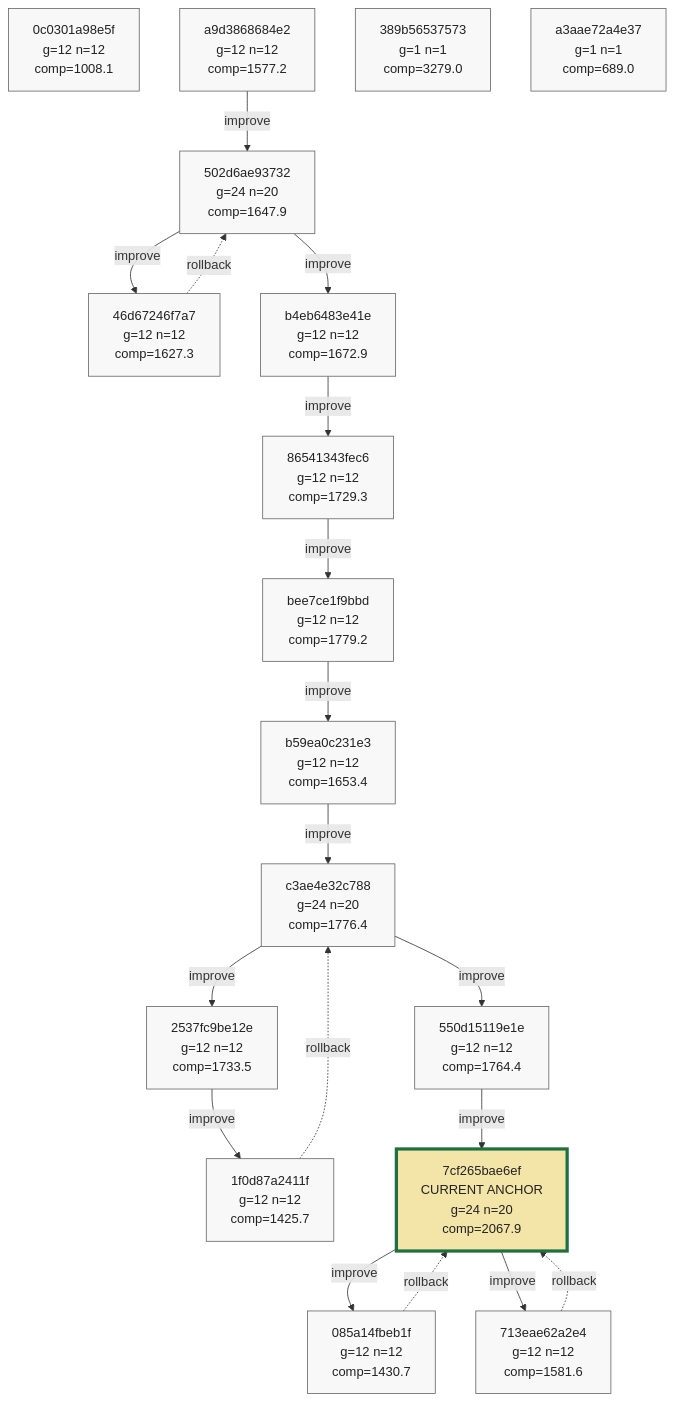
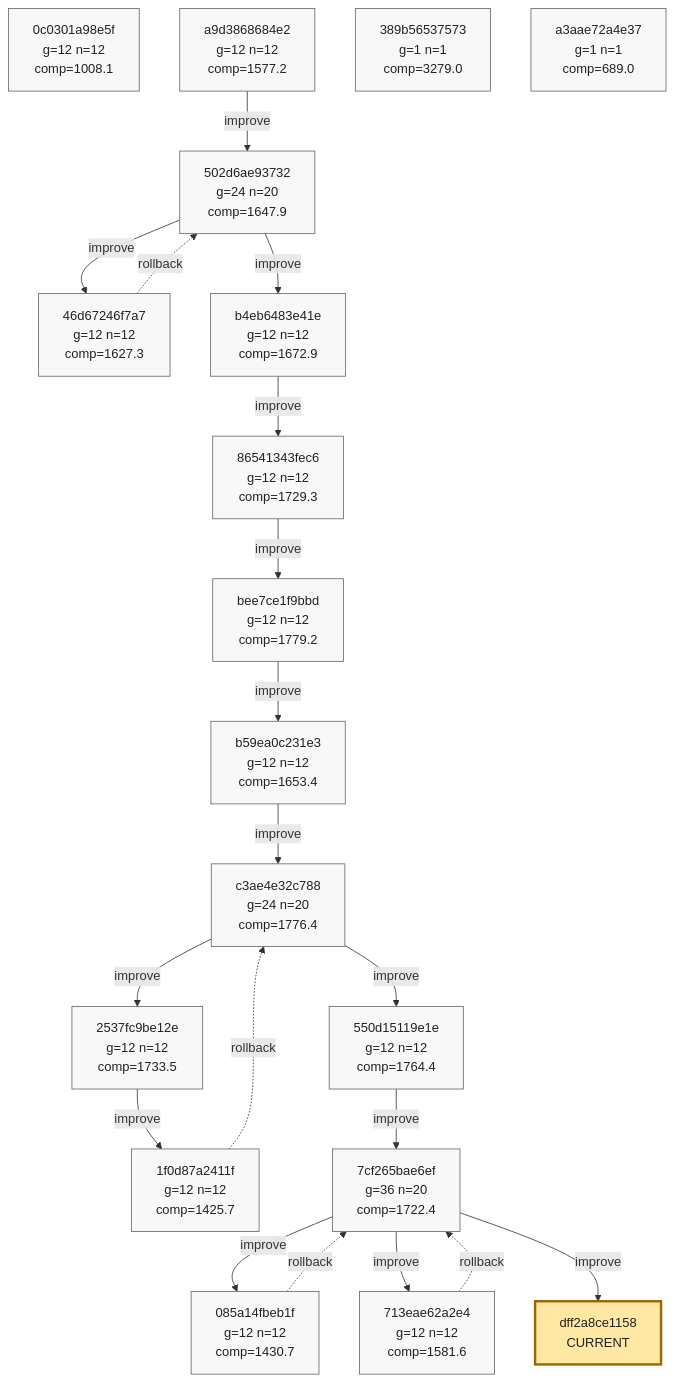
Before and after one commit to azumag/soviet_now: the tenth of 10 diagrams in phyrogenetic-tree.md, drawn with Mermaid. The commit also changed other lines of this file and 2 other files, not shown here.

Commit message:
eloop Improve after 12 games (scores: 1117 3212 1730 1880 1551 1962 1138 2178 2434 2336 1399 1513)

````diff
--- a/phyrogenetic-tree.md
+++ b/phyrogenetic-tree.md
@@ -2544,61 +2541,64 @@
 ```mermaid
 flowchart TD
     h_0c0301a98e5f["0c0301a98e5f<br/>g=12 n=12<br/>comp=1008.1"]
     h_a9d3868684e2["a9d3868684e2<br/>g=12 n=12<br/>comp=1577.2"]
     h_502d6ae93732["502d6ae93732<br/>g=24 n=20<br/>comp=1647.9"]
     h_46d67246f7a7["46d67246f7a7<br/>g=12 n=12<br/>comp=1627.3"]
     h_b4eb6483e41e["b4eb6483e41e<br/>g=12 n=12<br/>comp=1672.9"]
     h_86541343fec6["86541343fec6<br/>g=12 n=12<br/>comp=1729.3"]
     h_bee7ce1f9bbd["bee7ce1f9bbd<br/>g=12 n=12<br/>comp=1779.2"]
     h_b59ea0c231e3["b59ea0c231e3<br/>g=12 n=12<br/>comp=1653.4"]
     h_c3ae4e32c788["c3ae4e32c788<br/>g=24 n=20<br/>comp=1776.4"]
     h_2537fc9be12e["2537fc9be12e<br/>g=12 n=12<br/>comp=1733.5"]
     h_1f0d87a2411f["1f0d87a2411f<br/>g=12 n=12<br/>comp=1425.7"]
     h_550d15119e1e["550d15119e1e<br/>g=12 n=12<br/>comp=1764.4"]
-    h_7cf265bae6ef["7cf265bae6ef<br/>CURRENT ANCHOR<br/>g=24 n=20<br/>comp=2067.9"]
+    h_7cf265bae6ef["7cf265bae6ef<br/>g=36 n=20<br/>comp=1722.4"]
     h_085a14fbeb1f["085a14fbeb1f<br/>g=12 n=12<br/>comp=1430.7"]
     h_713eae62a2e4["713eae62a2e4<br/>g=12 n=12<br/>comp=1581.6"]
     h_389b56537573["389b56537573<br/>g=1 n=1<br/>comp=3279.0"]
     h_a3aae72a4e37["a3aae72a4e37<br/>g=1 n=1<br/>comp=689.0"]
+    h_dff2a8ce1158["dff2a8ce1158<br/>CURRENT"]
 
     h_a9d3868684e2 -->|improve| h_502d6ae93732
     h_502d6ae93732 -->|improve| h_46d67246f7a7
     h_46d67246f7a7 -. rollback .-> h_502d6ae93732
     h_502d6ae93732 -->|improve| h_b4eb6483e41e
     h_b4eb6483e41e -->|improve| h_86541343fec6
     h_86541343fec6 -->|improve| h_bee7ce1f9bbd
     h_bee7ce1f9bbd -->|improve| h_b59ea0c231e3
     h_b59ea0c231e3 -->|improve| h_c3ae4e32c788
     h_c3ae4e32c788 -->|improve| h_2537fc9be12e
     h_2537fc9be12e -->|improve| h_1f0d87a2411f
     h_1f0d87a2411f -. rollback .-> h_c3ae4e32c788
     h_c3ae4e32c788 -->|improve| h_550d15119e1e
     h_550d15119e1e -->|improve| h_7cf265bae6ef
     h_7cf265bae6ef -->|improve| h_085a14fbeb1f
     h_085a14fbeb1f -. rollback .-> h_7cf265bae6ef
     h_7cf265bae6ef -->|improve| h_713eae62a2e4
     h_713eae62a2e4 -. rollback .-> h_7cf265bae6ef
+    h_7cf265bae6ef -->|improve| h_dff2a8ce1158
 
     classDef plain fill:#f8f8f8,stroke:#666,stroke-width:1px,color:#222;
     classDef current fill:#ffe8a3,stroke:#9a6700,stroke-width:3px,color:#222;
     classDef anchor fill:#d7f5dd,stroke:#1f6f43,stroke-width:3px,color:#222;
     classDef current_anchor fill:#f3e4a8,stroke:#1f6f43,stroke-width:4px,color:#222;
 
     class h_0c0301a98e5f plain;
     class h_a9d3868684e2 plain;
     class h_502d6ae93732 plain;
     class h_46d67246f7a7 plain;
     class h_b4eb6483e41e plain;
     class h_86541343fec6 plain;
     class h_bee7ce1f9bbd plain;
     class h_b59ea0c231e3 plain;
     class h_c3ae4e32c788 plain;
     class h_2537fc9be12e plain;
     class h_1f0d87a2411f plain;
     class h_550d15119e1e plain;
-    class h_7cf265bae6ef current_anchor;
+    class h_7cf265bae6ef plain;
     class h_085a14fbeb1f plain;
     class h_713eae62a2e4 plain;
     class h_389b56537573 plain;
     class h_a3aae72a4e37 plain;
+    class h_dff2a8ce1158 current;
 ```
````
